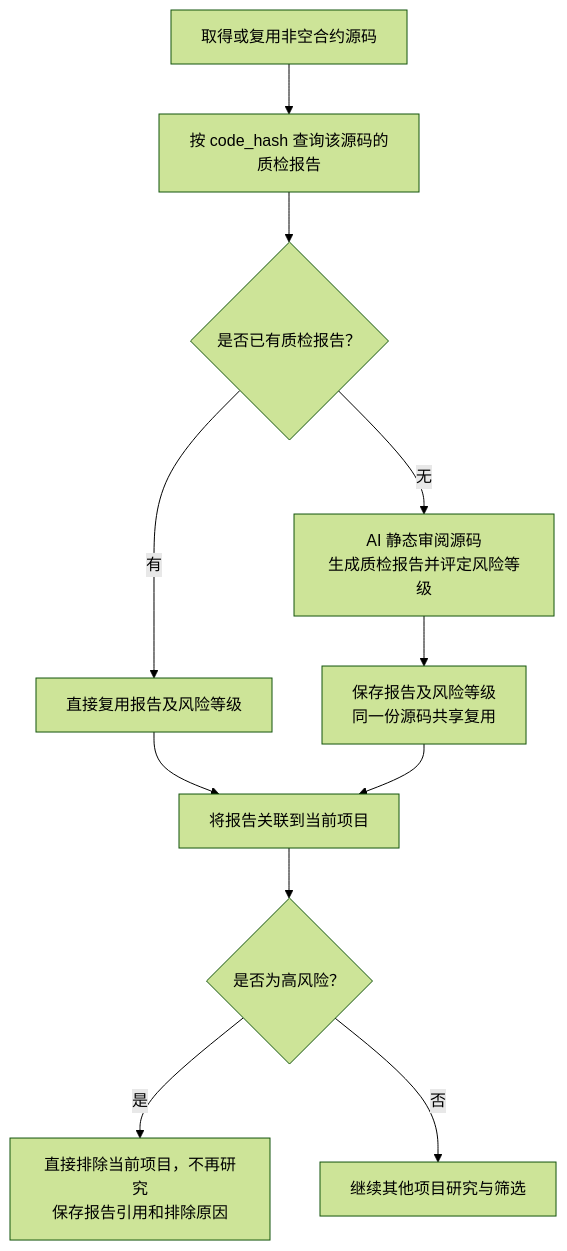
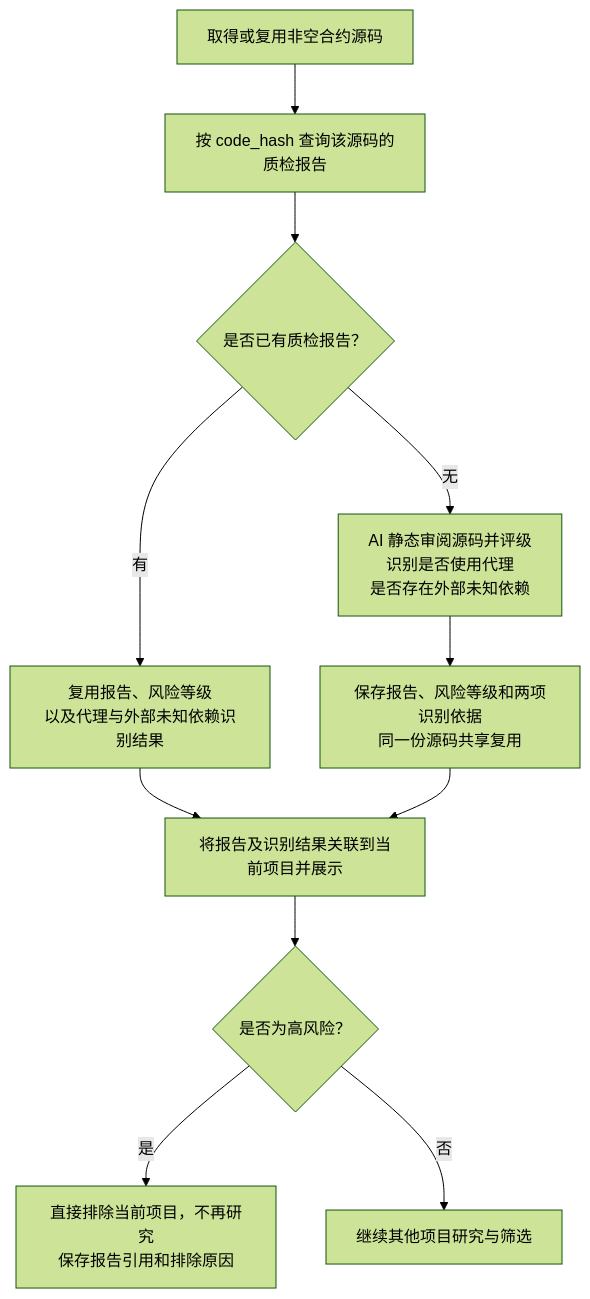
Before and after one commit to useryege/athena-o: the diagram in docs/project/token-contract-review-flow.md, drawn with Mermaid (forest theme). The commit also changed other lines of this file and 9 other files, not shown here.

````diff
--- a/docs/project/token-contract-review-flow.md
+++ b/docs/project/token-contract-review-flow.md
@@ -15,13 +15,13 @@
 ```mermaid
 flowchart TD
     A["取得或复用非空合约源码"] --> B["按 code_hash 查询该源码的质检报告"]
     B --> C{"是否已有质检报告？"}
-    C -->|有| D["直接复用报告及风险等级"]
-    C -->|无| E["AI 静态审阅源码<br/>生成质检报告并评定风险等级"]
-    E --> F["保存报告及风险等级<br/>同一份源码共享复用"]
-    D --> G["将报告关联到当前项目"]
+    C -->|有| D["复用报告、风险等级<br/>以及代理与外部未知依赖识别结果"]
+    C -->|无| E["AI 静态审阅源码并评级<br/>识别是否使用代理<br/>是否存在外部未知依赖"]
+    E --> F["保存报告、风险等级和两项识别依据<br/>同一份源码共享复用"]
+    D --> G["将报告及识别结果关联到当前项目并展示"]
     F --> G
     G --> H{"是否为高风险？"}
     H -->|是| I["直接排除当前项目，不再研究<br/>保存报告引用和排除原因"]
     H -->|否| J["继续其他项目研究与筛选"]
 ```
````
